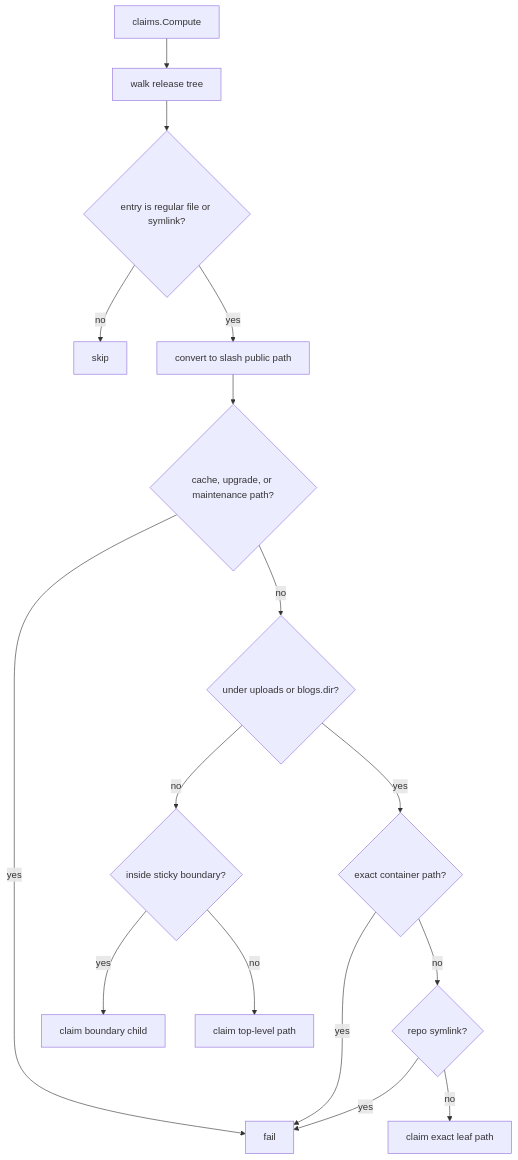
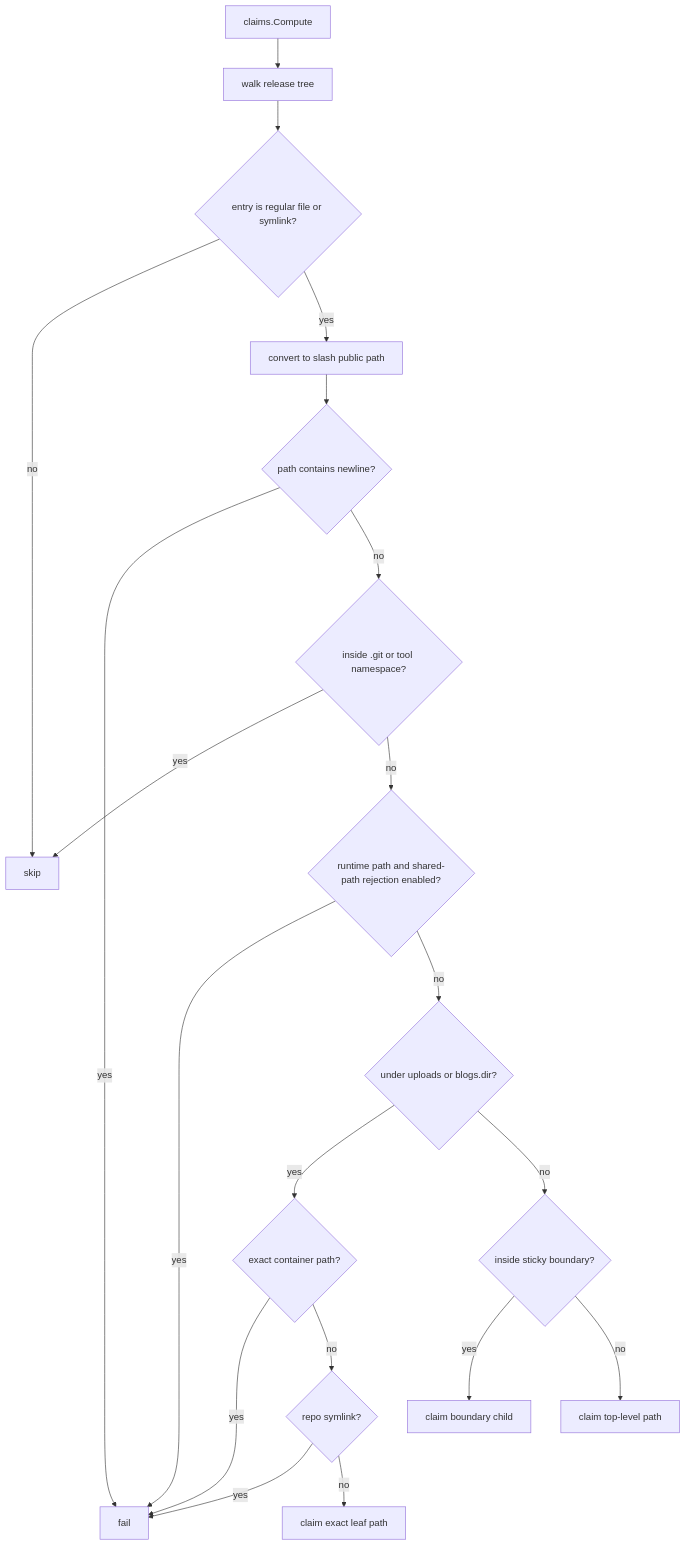
Before and after one commit to aipokalyptik/wpcloud-site-git-deploy: diagram 11 of 17 in docs/code-flow.md, drawn with Mermaid. The commit also changed other lines of this file and 1 other file, not shown here.

Commit message:
Tighten flow documentation review notes

````diff
--- a/docs/code-flow.md
+++ b/docs/code-flow.md
@@ -417,31 +423,37 @@
 ```mermaid
 flowchart TD
   START["claims.Compute"]
   WALK["walk release tree"]
   ENTRY{"entry is regular file or symlink?"}
   SKIP["skip"]
   PUBLIC["convert to slash public path"]
-  RUNTIME{"cache, upgrade, or maintenance path?"}
+  NEWLINE{"path contains newline?"}
+  INTERNAL{"inside .git or tool namespace?"}
+  RUNTIME{"runtime path and shared-path rejection enabled?"}
   MEDIA{"under uploads or blogs.dir?"}
   MEDIA_EXACT{"exact container path?"}
   MEDIA_SYMLINK{"repo symlink?"}
   LEAF["claim exact leaf path"]
   BOUNDARY{"inside sticky boundary?"}
   BOUNDARY_CLAIM["claim boundary child"]
   TOP["claim top-level path"]
   FAIL["fail"]
 
   START --> WALK --> ENTRY
   ENTRY -->|"no"| SKIP
-  ENTRY -->|"yes"| PUBLIC --> RUNTIME
+  ENTRY -->|"yes"| PUBLIC --> NEWLINE
+  NEWLINE -->|"yes"| FAIL
+  NEWLINE -->|"no"| INTERNAL
+  INTERNAL -->|"yes"| SKIP
+  INTERNAL -->|"no"| RUNTIME
   RUNTIME -->|"yes"| FAIL
   RUNTIME -->|"no"| MEDIA
   MEDIA -->|"yes"| MEDIA_EXACT
   MEDIA_EXACT -->|"yes"| FAIL
   MEDIA_EXACT -->|"no"| MEDIA_SYMLINK
   MEDIA_SYMLINK -->|"yes"| FAIL
   MEDIA_SYMLINK -->|"no"| LEAF
   MEDIA -->|"no"| BOUNDARY
   BOUNDARY -->|"yes"| BOUNDARY_CLAIM
   BOUNDARY -->|"no"| TOP
 ```
````
